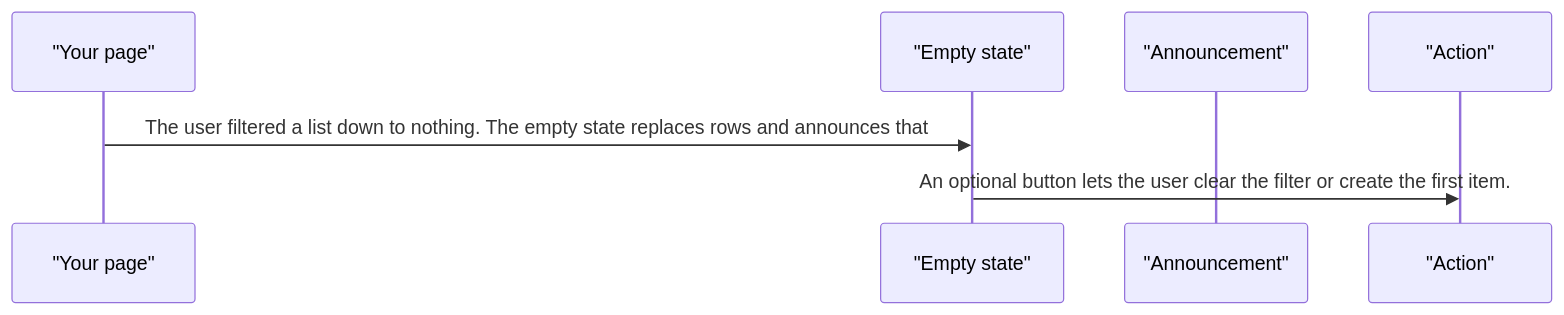
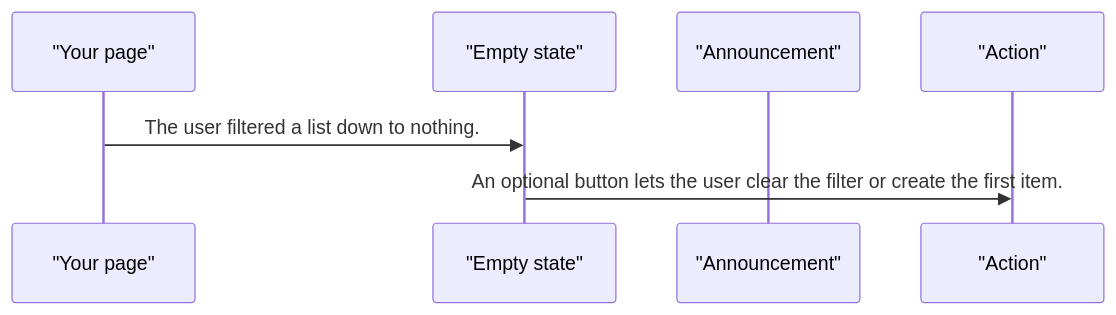
One commit to RajshekharBorate/pixel-ui changed the third of 4 diagrams in projects/pixel-ui/src/lib/pixel-empty-state/DESIGN.md. Above: the diagram before and after it, drawn with Mermaid. The commit also changed other lines of this file and 80 other files, not shown here.

Commit message:
Fill missing design flows and correct the stories that did not match component behavior.

````diff
--- a/projects/pixel-ui/src/lib/pixel-empty-state/DESIGN.md
+++ b/projects/pixel-ui/src/lib/pixel-empty-state/DESIGN.md
@@ -63,9 +64,9 @@
 ```mermaid
 sequenceDiagram
   participant page as "Your page"
   participant empty as "Empty state"
   participant live as "Announcement"
   participant action as "Action"
-  page->>empty: The user filtered a list down to nothing. The empty state replaces rows and announces that
+  page->>empty: The user filtered a list down to nothing.
   empty->>action: An optional button lets the user clear the filter or create the first item.
 ```
````
